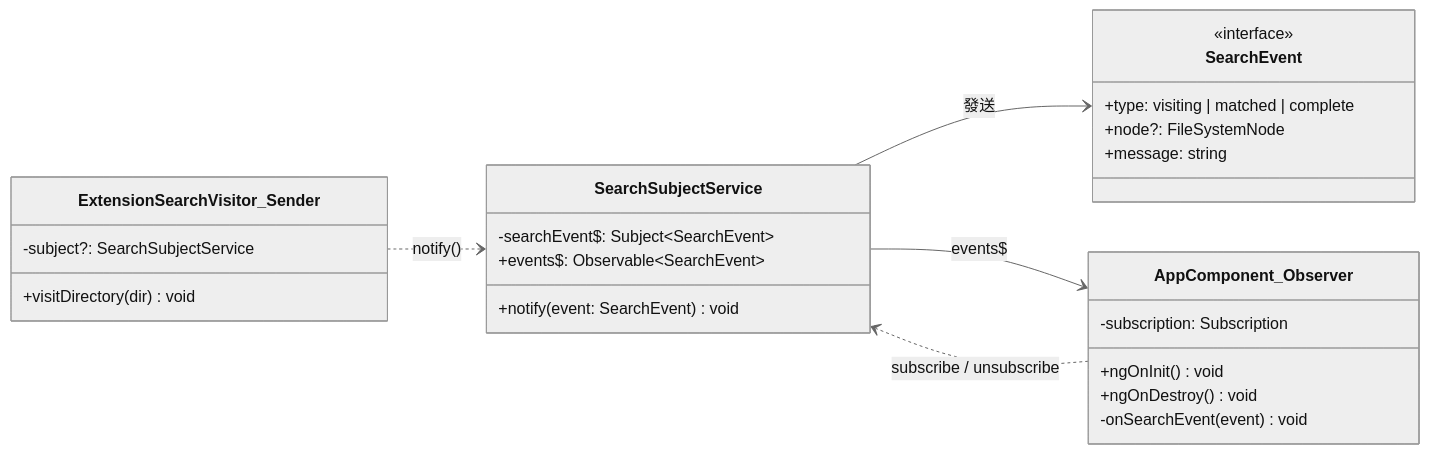
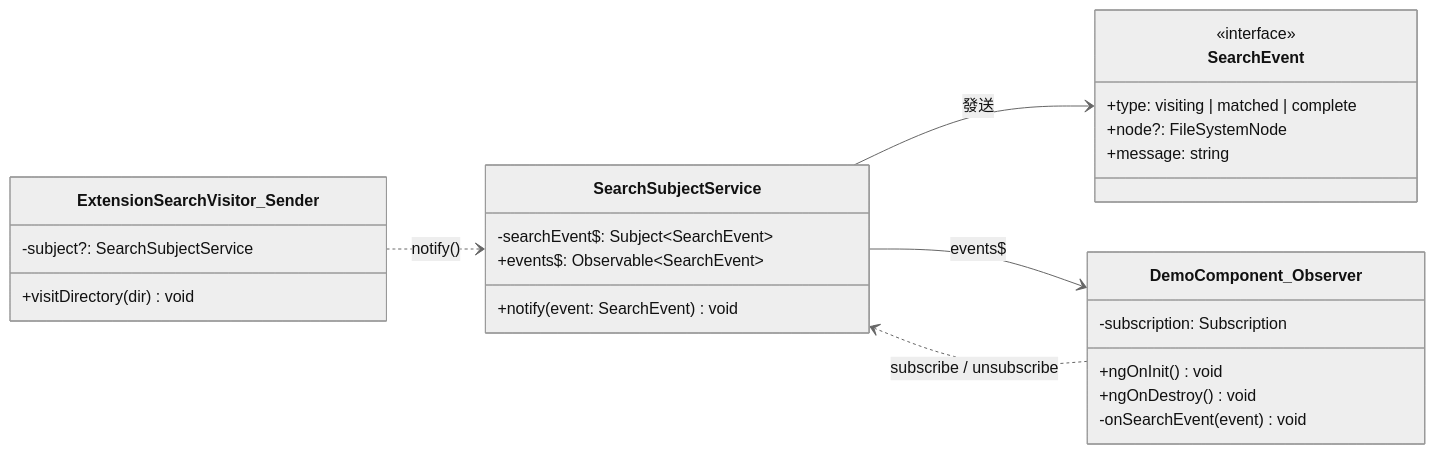
One commit to Sean11133/XD changed the second of 4 diagrams in README.md. Above: the diagram before and after it, drawn with Mermaid (neutral theme). The commit also changed other lines of this file and 60 other files, not shown here.

````diff
--- a/README.md
+++ b/README.md
@@ -845,34 +752,34 @@
 ```mermaid
 classDiagram
     direction LR
 
     class SearchEvent {
         <<interface>>
         +type: visiting | matched | complete
         +node?: FileSystemNode
         +message: string
     }
 
     class SearchSubjectService {
         -searchEvent$: Subject~SearchEvent~
         +events$: Observable~SearchEvent~
         +notify(event: SearchEvent) void
     }
 
-    class AppComponent_Observer {
+    class DemoComponent_Observer {
         -subscription: Subscription
         +ngOnInit() void
         +ngOnDestroy() void
         -onSearchEvent(event) void
     }
 
     class ExtensionSearchVisitor_Sender {
         -subject?: SearchSubjectService
         +visitDirectory(dir) void
     }
 
     SearchSubjectService --> SearchEvent : 發送
     ExtensionSearchVisitor_Sender ..> SearchSubjectService : notify()
-    AppComponent_Observer ..> SearchSubjectService : subscribe / unsubscribe
-    SearchSubjectService --> AppComponent_Observer : events$
+    DemoComponent_Observer ..> SearchSubjectService : subscribe / unsubscribe
+    SearchSubjectService --> DemoComponent_Observer : events$
 ```
````
